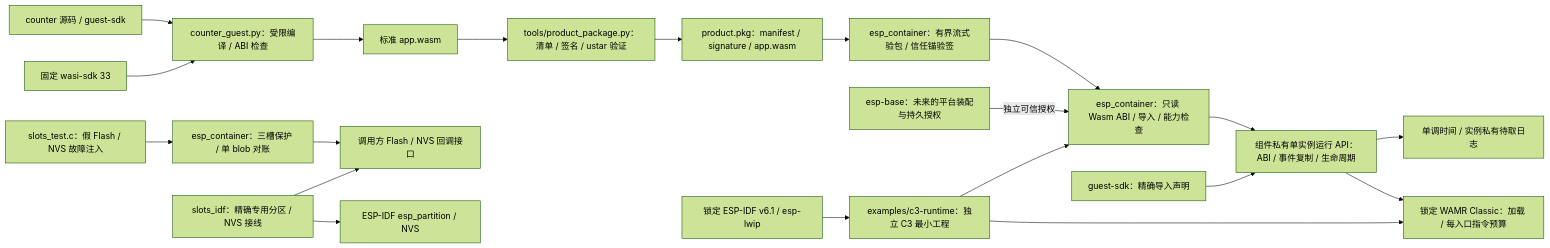
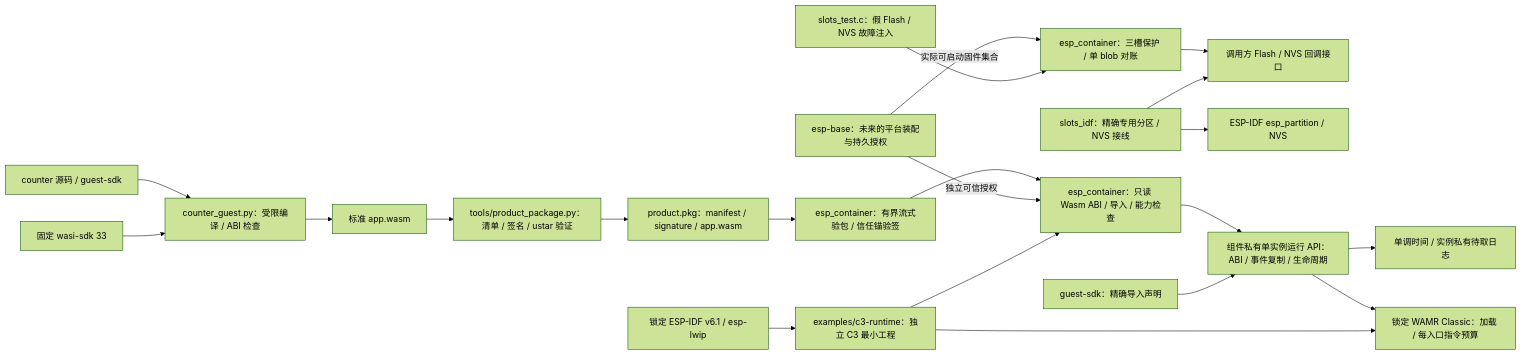
Before and after one commit to darren-you/esp-container: the diagram in README.md, drawn with Mermaid (forest theme). The commit also changed other lines of this file and 7 other files, not shown here.

````diff
--- a/README.md
+++ b/README.md
@@ -7,23 +7,24 @@
 ```mermaid
 flowchart LR
     product["counter 源码 / guest-sdk"] --> guest["counter_guest.py：受限编译 / ABI 检查"]
     wasi["固定 wasi-sdk 33"] --> guest
     guest --> wasm["标准 app.wasm"]
     wasm --> tool["tools/product_package.py：清单 / 签名 / ustar 验证"]
     tool --> pkg["product.pkg：manifest / signature / app.wasm"]
     pkg --> verifier["esp_container：有界流式验包 / 信任锚验签"]
     verifier --> scanner["esp_container：只读 Wasm ABI / 导入 / 能力检查"]
     base -->|"独立可信授权"| scanner
+    base -->|"实际可启动固件集合"| slots
     slot_tests["slots_test.c：假 Flash / NVS 故障注入"] --> slots["esp_container：三槽保护 / 单 blob 对账"]
     slots --> slot_callbacks["调用方 Flash / NVS 回调接口"]
     idf_provider["slots_idf：精确专用分区 / NVS 接线"] --> slot_callbacks
     idf_provider --> idf_storage["ESP-IDF esp_partition / NVS"]
     scanner --> runtime["组件私有单实例运行 API：ABI / 事件复制 / 生命周期"]
     sdk["guest-sdk：精确导入声明"] --> runtime
     runtime --> host["单调时间 / 实例私有待取日志"]
     runtime --> wamr["锁定 WAMR Classic：加载 / 每入口指令预算"]
     sample["examples/c3-runtime：独立 C3 最小工程"] --> scanner
     sample --> wamr
     idf["锁定 ESP-IDF v6.1 / esp-lwip"] --> sample
     base["esp-base：未来的平台装配与持久授权"]
 ```
````
